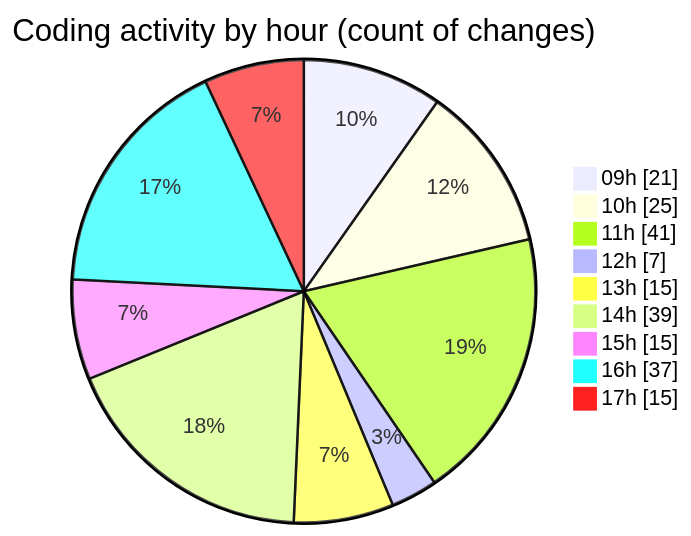
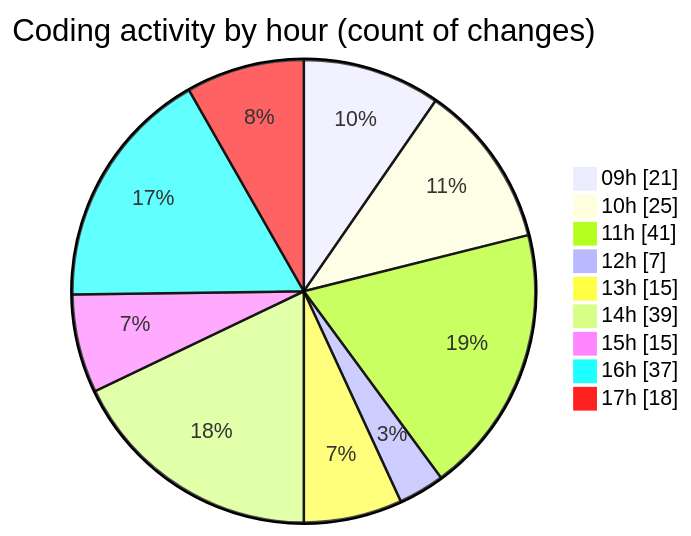
One commit to momahboobian/code-tracking changed the second of 2 diagrams in 2025-12-01/cda/README.md. Above: the diagram before and after it, drawn with Mermaid. The commit also changed other lines of this file and 1 other file, not shown here.

````diff
--- a/2025-12-01/cda/README.md
+++ b/2025-12-01/cda/README.md
@@ -51,13 +51,13 @@
 ```mermaid
 pie showData
 title Coding activity by hour (count of changes)
 "09h" : 21
 "10h" : 25
 "11h" : 41
 "12h" : 7
 "13h" : 15
 "14h" : 39
 "15h" : 15
 "16h" : 37
-"17h" : 15
+"17h" : 18
 ```
````
